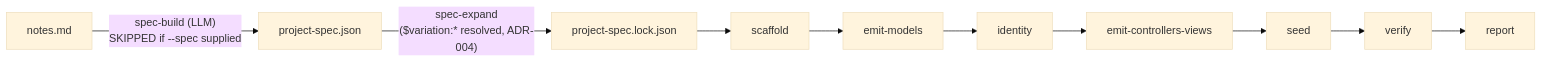
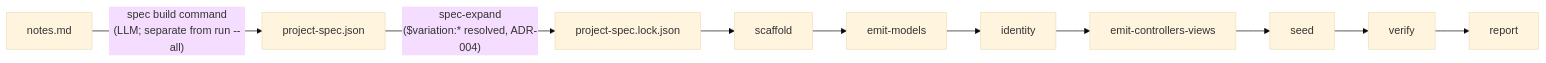
Before and after one commit to StefanMarinkov05/genesis_v6: the diagram in docs/reference/control-flow.md, drawn with Mermaid (base theme). The commit also changed other lines of this file and 29 other files, not shown here.

````diff
--- a/docs/reference/control-flow.md
+++ b/docs/reference/control-flow.md
@@ -15,12 +17,12 @@
 ```mermaid
 flowchart LR
-  notes["notes.md"] -->|"spec-build (LLM)\nSKIPPED if --spec supplied"| spec["project-spec.json"]
+  notes["notes.md"] -->|"spec build command\n(LLM; separate from run --all)"| spec["project-spec.json"]
   spec -->|"spec-expand\n($variation:* resolved, ADR-004)"| lock["project-spec.lock.json"]
   lock --> scaffold["scaffold"]
   scaffold --> emitModels["emit-models"]
   emitModels --> identity["identity"]
   identity --> emitCV["emit-controllers-views"]
   emitCV --> seed["seed"]
   seed --> verify["verify"]
   verify --> report["report"]
 ```
````
